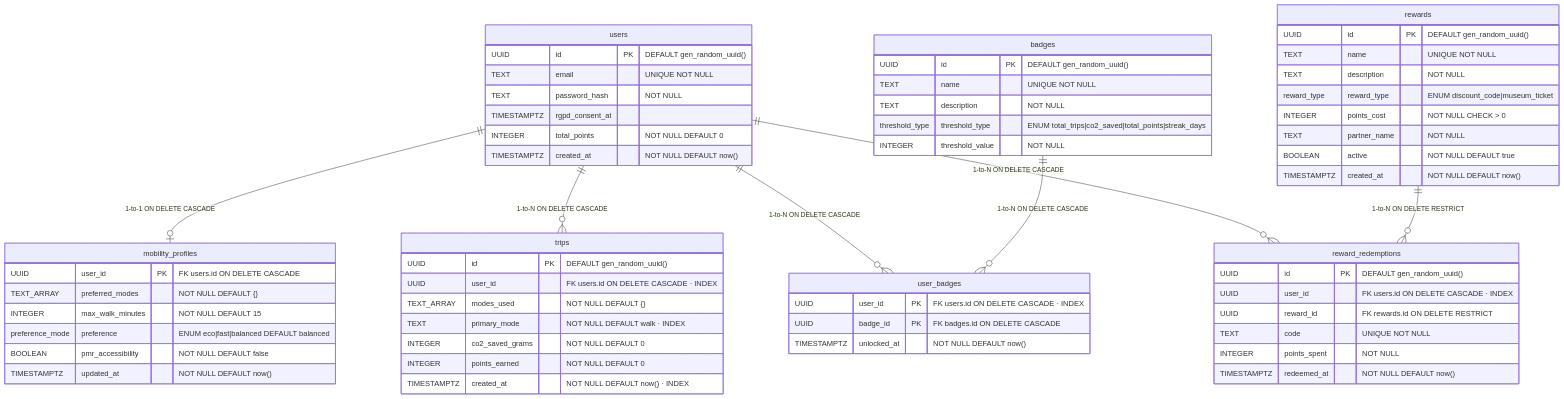
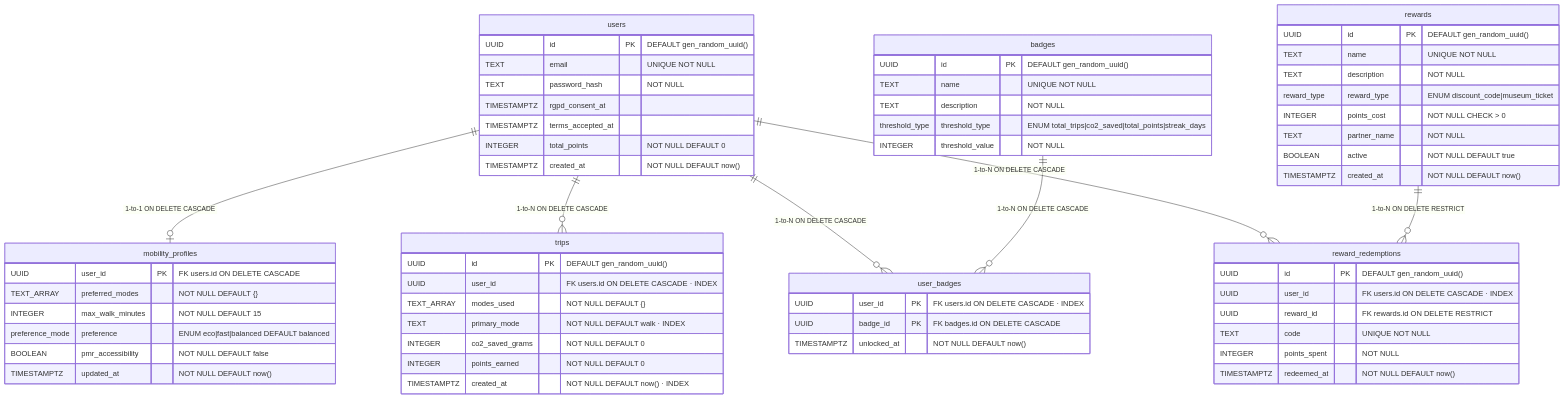
The diagram in docs/dossier/E6-erd.md (iMxSquash/urbanflow), drawn with Mermaid before and after one commit. The commit also changed 9 other files, not shown here.

````diff
--- a/docs/dossier/E6-erd.md
+++ b/docs/dossier/E6-erd.md
@@ -4,71 +4,72 @@
 ```mermaid
 erDiagram
     users {
         UUID id PK "DEFAULT gen_random_uuid()"
         TEXT email "UNIQUE NOT NULL"
         TEXT password_hash "NOT NULL"
         TIMESTAMPTZ rgpd_consent_at ""
+        TIMESTAMPTZ terms_accepted_at ""
         INTEGER total_points "NOT NULL DEFAULT 0"
         TIMESTAMPTZ created_at "NOT NULL DEFAULT now()"
     }
 
     mobility_profiles {
         UUID user_id PK "FK users.id ON DELETE CASCADE"
         TEXT_ARRAY preferred_modes "NOT NULL DEFAULT {}"
         INTEGER max_walk_minutes "NOT NULL DEFAULT 15"
         preference_mode preference "ENUM eco|fast|balanced DEFAULT balanced"
         BOOLEAN pmr_accessibility "NOT NULL DEFAULT false"
         TIMESTAMPTZ updated_at "NOT NULL DEFAULT now()"
     }
 
     trips {
         UUID id PK "DEFAULT gen_random_uuid()"
         UUID user_id "FK users.id ON DELETE CASCADE · INDEX"
         TEXT_ARRAY modes_used "NOT NULL DEFAULT {}"
         TEXT primary_mode "NOT NULL DEFAULT walk · INDEX"
         INTEGER co2_saved_grams "NOT NULL DEFAULT 0"
         INTEGER points_earned "NOT NULL DEFAULT 0"
         TIMESTAMPTZ created_at "NOT NULL DEFAULT now() · INDEX"
     }
 
     badges {
         UUID id PK "DEFAULT gen_random_uuid()"
         TEXT name "UNIQUE NOT NULL"
         TEXT description "NOT NULL"
         threshold_type threshold_type "ENUM total_trips|co2_saved|total_points|streak_days"
         INTEGER threshold_value "NOT NULL"
     }
 
     user_badges {
         UUID user_id PK "FK users.id ON DELETE CASCADE · INDEX"
         UUID badge_id PK "FK badges.id ON DELETE CASCADE"
         TIMESTAMPTZ unlocked_at "NOT NULL DEFAULT now()"
     }
 
     rewards {
         UUID id PK "DEFAULT gen_random_uuid()"
         TEXT name "UNIQUE NOT NULL"
         TEXT description "NOT NULL"
         reward_type reward_type "ENUM discount_code|museum_ticket"
         INTEGER points_cost "NOT NULL CHECK > 0"
         TEXT partner_name "NOT NULL"
         BOOLEAN active "NOT NULL DEFAULT true"
         TIMESTAMPTZ created_at "NOT NULL DEFAULT now()"
     }
 
     reward_redemptions {
         UUID id PK "DEFAULT gen_random_uuid()"
         UUID user_id "FK users.id ON DELETE CASCADE · INDEX"
         UUID reward_id "FK rewards.id ON DELETE RESTRICT"
         TEXT code "UNIQUE NOT NULL"
         INTEGER points_spent "NOT NULL"
         TIMESTAMPTZ redeemed_at "NOT NULL DEFAULT now()"
     }
 
     users ||--o| mobility_profiles : "1-to-1 ON DELETE CASCADE"
     users ||--o{ trips : "1-to-N ON DELETE CASCADE"
     users ||--o{ user_badges : "1-to-N ON DELETE CASCADE"
     users ||--o{ reward_redemptions : "1-to-N ON DELETE CASCADE"
     badges ||--o{ user_badges : "1-to-N ON DELETE CASCADE"
     rewards ||--o{ reward_redemptions : "1-to-N ON DELETE RESTRICT"
 ```
````
